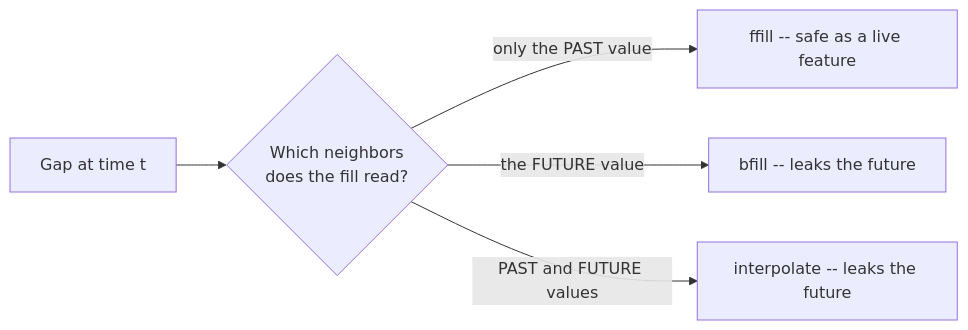
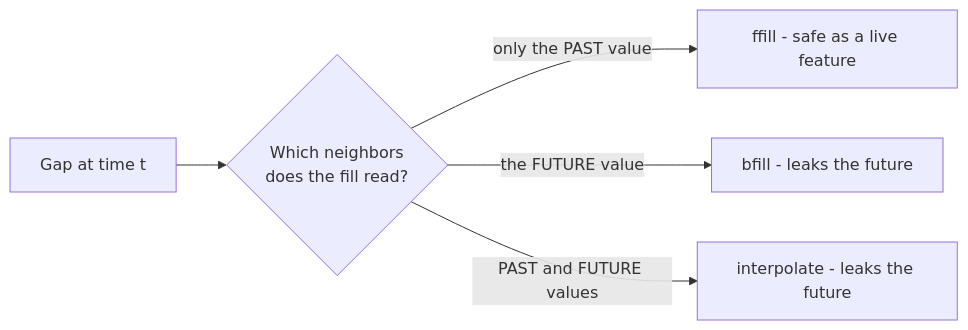
Before and after one commit to dataslope/dataslope: the diagram in content/courses/time-series-analysis-python/handling-missing-temporal-data.mdx, drawn with Mermaid.

Commit message:
Use a single dash in the leakage-twist mermaid node labels
The flowchart in the "handling missing temporal data" lesson labelled its
three fill methods with `--` (ffill -- safe as a live feature, and so on).
Mermaid renders node label text verbatim, so the double hyphen showed up as
a literal `--` in the diagram instead of reading as a dash.

Swap each for a single `-`. Plain ASCII hyphen, not an en/em dash, to match
the rest of the content. Only the three node labels inside the diagram
change; the prose `--` elsewhere in the lesson is untouched.

Claude-Session: https://claude.ai/code/session_01V88HM2rSKDVBVYxbftnUNm

````diff
--- a/content/courses/time-series-analysis-python/handling-missing-temporal-data.mdx
+++ b/content/courses/time-series-analysis-python/handling-missing-temporal-data.mdx
@@ -198,7 +198,7 @@
 ```mermaid
 flowchart LR
     G["Gap at time t"] --> Q{"Which neighbors<br/>does the fill read?"}
-    Q -->|"only the PAST value"| FF["ffill -- safe as a live feature"]
-    Q -->|"the FUTURE value"| BF["bfill -- leaks the future"]
-    Q -->|"PAST and FUTURE values"| IN["interpolate -- leaks the future"]
+    Q -->|"only the PAST value"| FF["ffill - safe as a live feature"]
+    Q -->|"the FUTURE value"| BF["bfill - leaks the future"]
+    Q -->|"PAST and FUTURE values"| IN["interpolate - leaks the future"]
 ```
````
